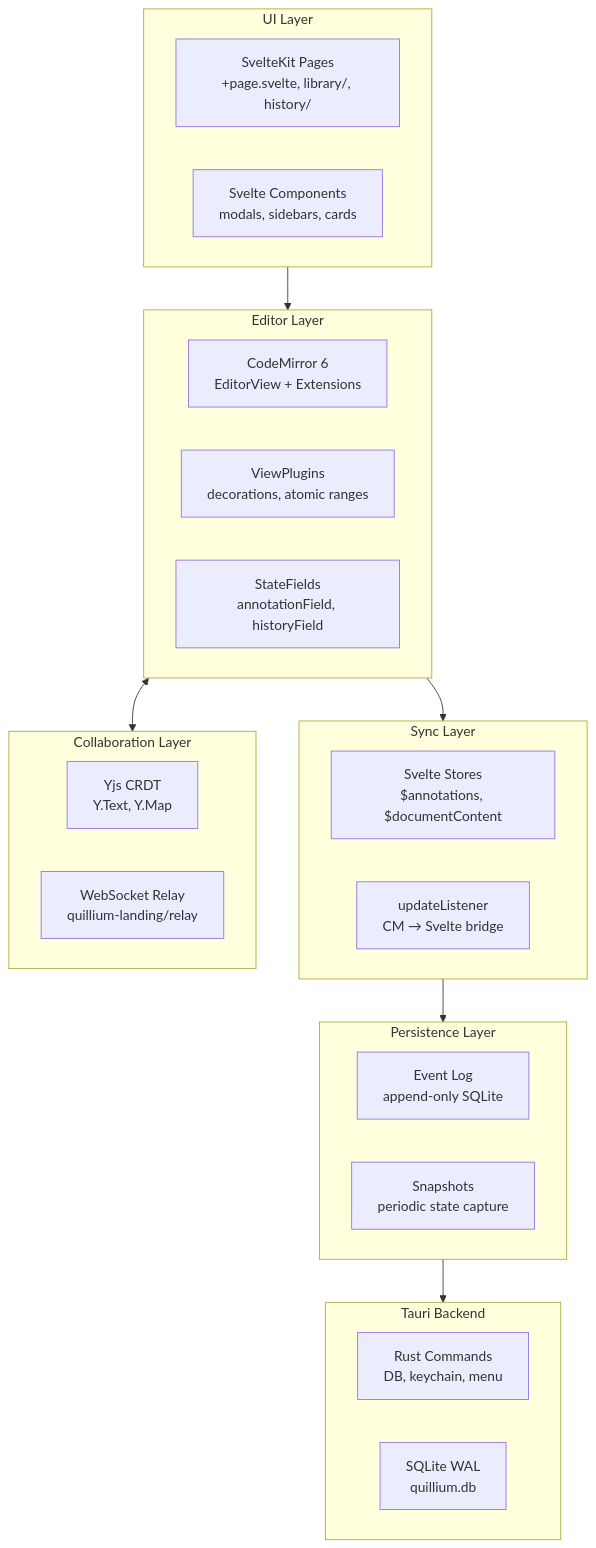
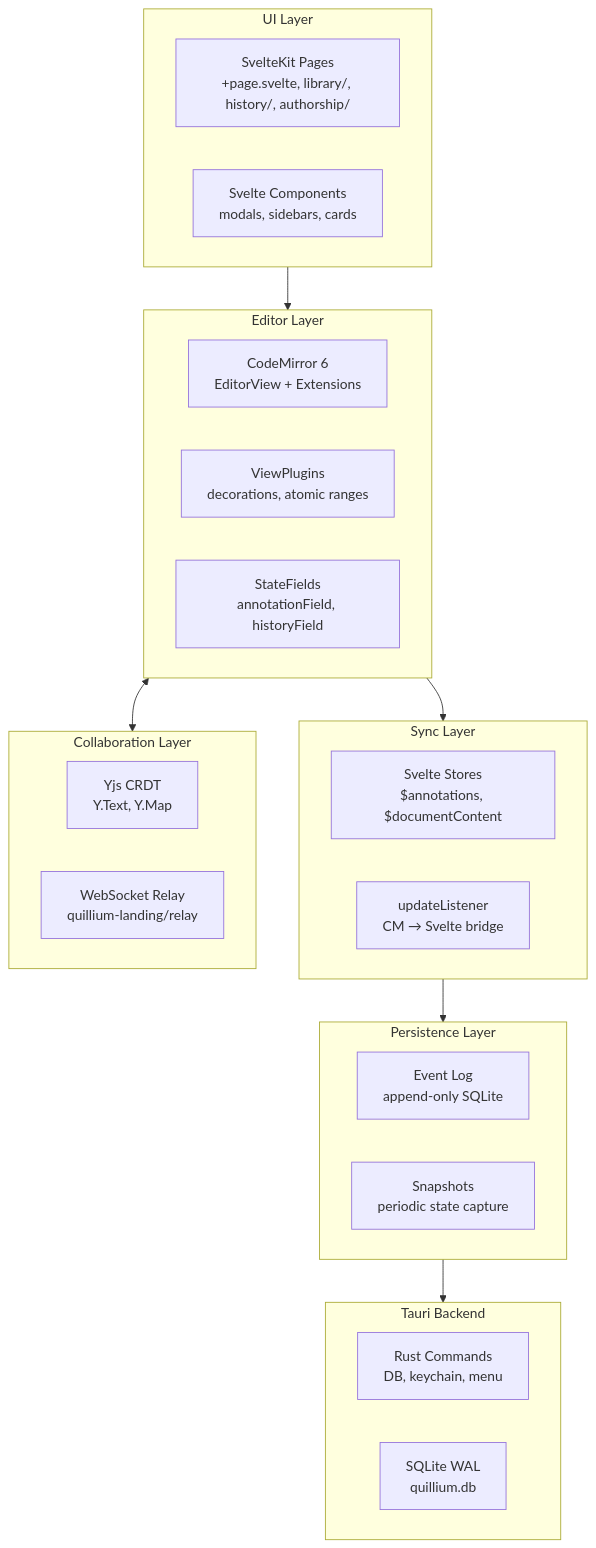
Before and after one commit to ThatXliner/Quillium: the first of 2 diagrams in docs/architecture-overview.md, drawn with Mermaid. The commit also changed other lines of this file and 15 other files, not shown here.

````diff
--- a/docs/architecture-overview.md
+++ b/docs/architecture-overview.md
@@ -33,39 +33,39 @@
 ```mermaid
 flowchart TB
     subgraph UI["UI Layer"]
-        Pages["SvelteKit Pages<br/>+page.svelte, library/, history/"]
+        Pages["SvelteKit Pages<br/>+page.svelte, library/, history/, authorship/"]
         Components["Svelte Components<br/>modals, sidebars, cards"]
     end
 
     subgraph Editor["Editor Layer"]
         CM["CodeMirror 6<br/>EditorView + Extensions"]
         Plugins["ViewPlugins<br/>decorations, atomic ranges"]
         Fields["StateFields<br/>annotationField, historyField"]
     end
 
     subgraph Sync["Sync Layer"]
         Stores["Svelte Stores<br/>$annotations, $documentContent"]
         Listener["updateListener<br/>CM → Svelte bridge"]
     end
 
     subgraph Persistence["Persistence Layer"]
         EventLog["Event Log<br/>append-only SQLite"]
         Snapshots["Snapshots<br/>periodic state capture"]
     end
 
     subgraph Backend["Tauri Backend"]
         Rust["Rust Commands<br/>DB, keychain, menu"]
         SQLite["SQLite WAL<br/>quillium.db"]
     end
 
     subgraph Collab["Collaboration Layer"]
         Yjs["Yjs CRDT<br/>Y.Text, Y.Map"]
         Relay["WebSocket Relay<br/>quillium-landing/relay"]
     end
 
     UI --> Editor
     Editor --> Sync
     Sync --> Persistence
     Persistence --> Backend
     Editor <--> Collab
 ```
````
